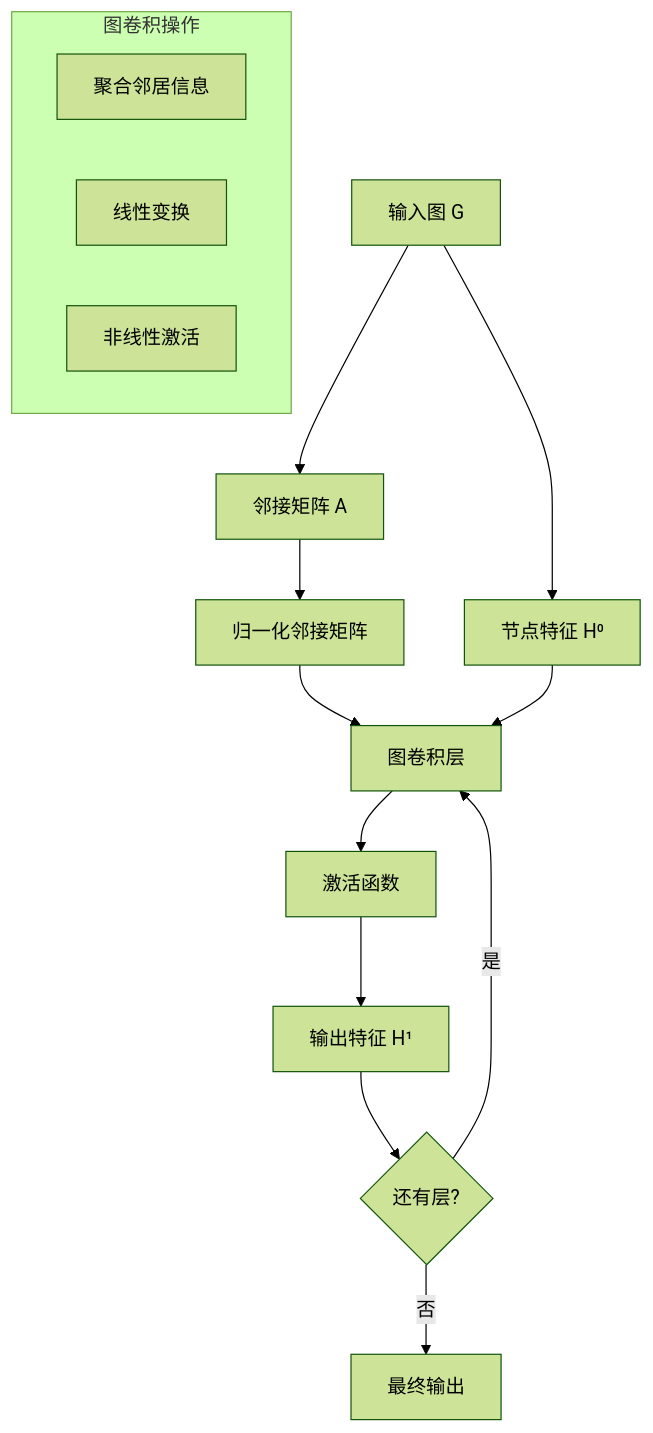
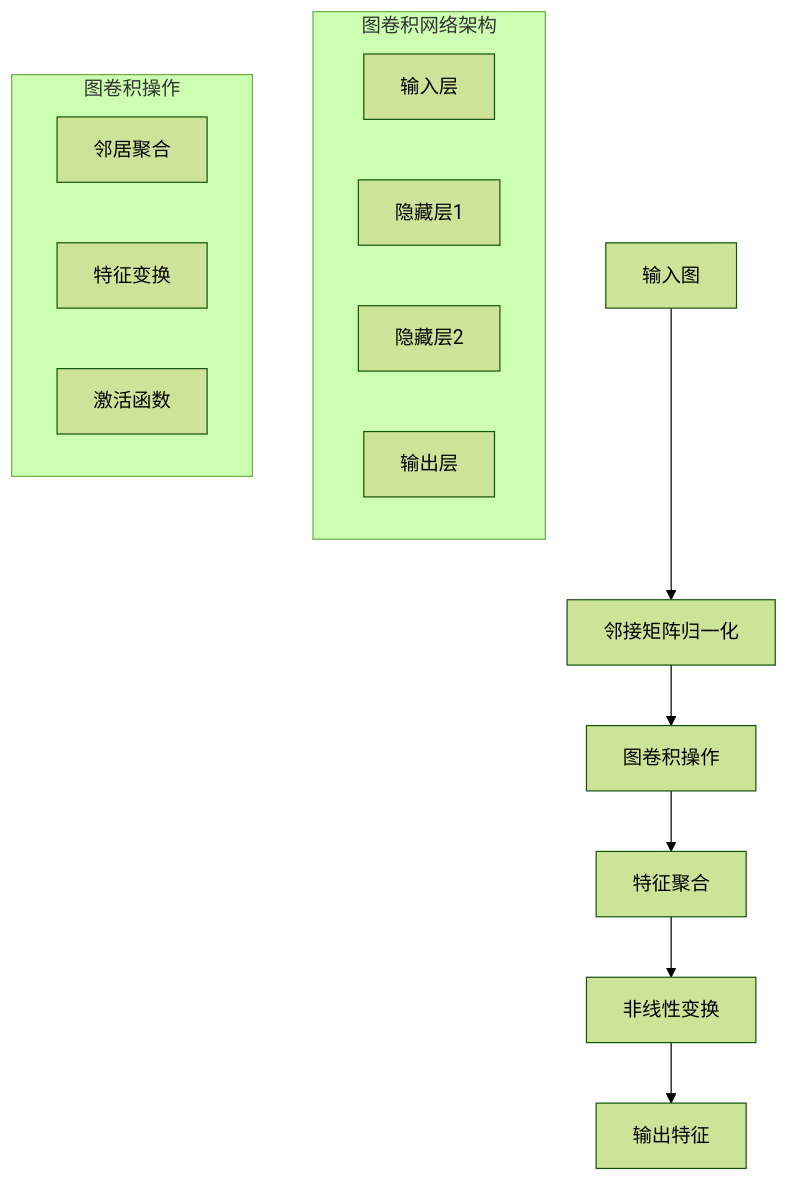
Before and after one commit to AdaMartin18010/FormalModel: the diagram in docs/09-实现示例/通用示例/GRAPH_NEURAL_NETWORKS_MULTI_REPRESENTATION.md, drawn with Mermaid (forest theme). The commit also changed other lines of this file and 7 other files, not shown here.

````diff
--- a/docs/09-实现示例/通用示例/GRAPH_NEURAL_NETWORKS_MULTI_REPRESENTATION.md
+++ b/docs/09-实现示例/通用示例/GRAPH_NEURAL_NETWORKS_MULTI_REPRESENTATION.md
@@ -39,19 +57,21 @@
 ```mermaid
 graph TD
-    A[输入图 G] --> B[邻接矩阵 A]
-    A --> C[节点特征 H⁰]
-    B --> D[归一化邻接矩阵]
-    D --> E[图卷积层]
-    C --> E
-    E --> F[激活函数]
-    F --> G[输出特征 H¹]
-    G --> H{还有层?}
-    H -->|是| E
-    H -->|否| I[最终输出]
+    A[输入图] --> B[邻接矩阵归一化]
+    B --> C[图卷积操作]
+    C --> D[特征聚合]
+    D --> E[非线性变换]
+    E --> F[输出特征]
+    
+    subgraph "图卷积网络架构"
+        G[输入层]
+        H[隐藏层1]
+        I[隐藏层2]
+        J[输出层]
+    end
     
     subgraph "图卷积操作"
-        J[聚合邻居信息]
-        K[线性变换]
-        L[非线性激活]
+        K[邻居聚合]
+        L[特征变换]
+        M[激活函数]
     end
 ```
````
